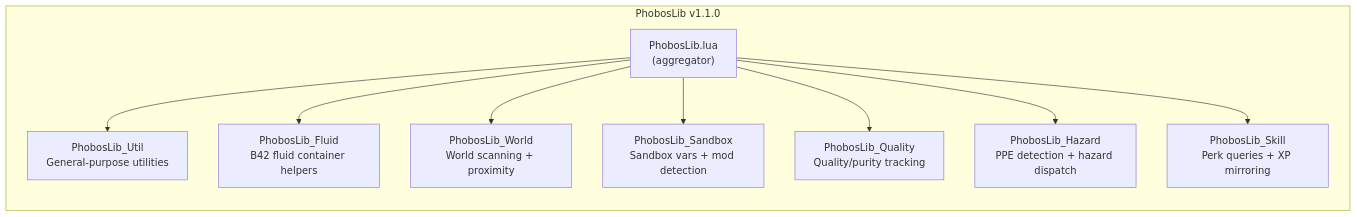
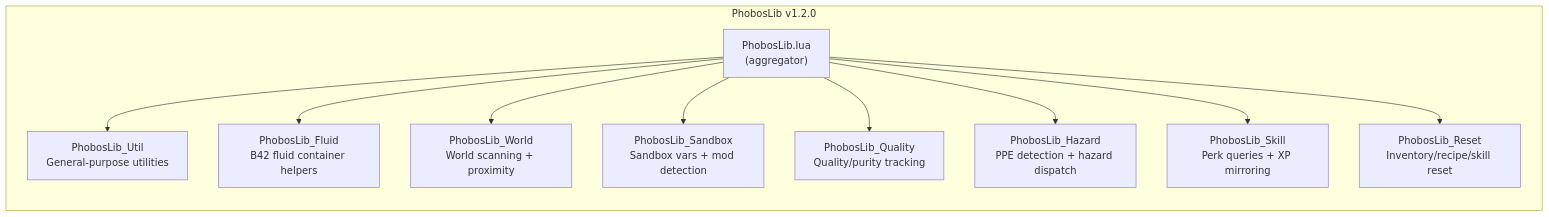
The diagram in docs/diagrams/module-overview.md (phobos-dthorga/mod-pz-phobos-lib), drawn with Mermaid before and after one commit. The commit also changed other lines of this file and 3 other files, not shown here.

First line of the commit message:
docs: Update module diagram and API reference to v1.2.0

````diff
--- a/docs/diagrams/module-overview.md
+++ b/docs/diagrams/module-overview.md
@@ -7,22 +7,24 @@
 ```mermaid
 graph LR
-    subgraph LIB["PhobosLib v1.1.0"]
+    subgraph LIB["PhobosLib v1.2.0"]
         INIT["PhobosLib.lua<br/>(aggregator)"]
 
         UTIL["PhobosLib_Util<br/>General-purpose utilities"]
         FLUID["PhobosLib_Fluid<br/>B42 fluid container helpers"]
         WORLD["PhobosLib_World<br/>World scanning + proximity"]
         SANDBOX["PhobosLib_Sandbox<br/>Sandbox vars + mod detection"]
         QUALITY["PhobosLib_Quality<br/>Quality/purity tracking"]
         HAZARD["PhobosLib_Hazard<br/>PPE detection + hazard dispatch"]
         SKILL["PhobosLib_Skill<br/>Perk queries + XP mirroring"]
+        RESET["PhobosLib_Reset<br/>Inventory/recipe/skill reset"]
     end
 
     INIT --> UTIL
     INIT --> FLUID
     INIT --> WORLD
     INIT --> SANDBOX
     INIT --> QUALITY
     INIT --> HAZARD
     INIT --> SKILL
+    INIT --> RESET
 ```
````
